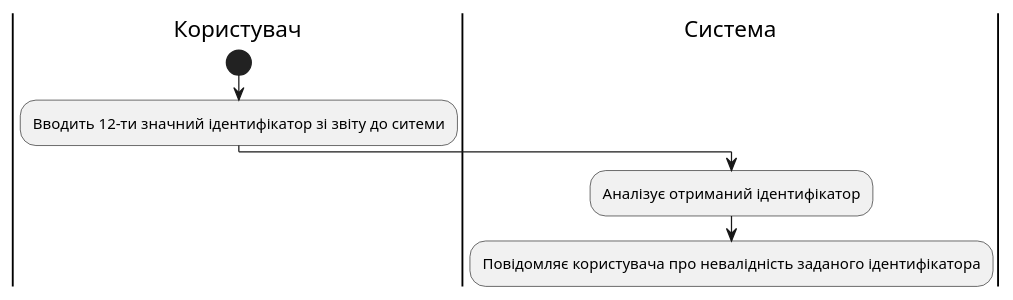
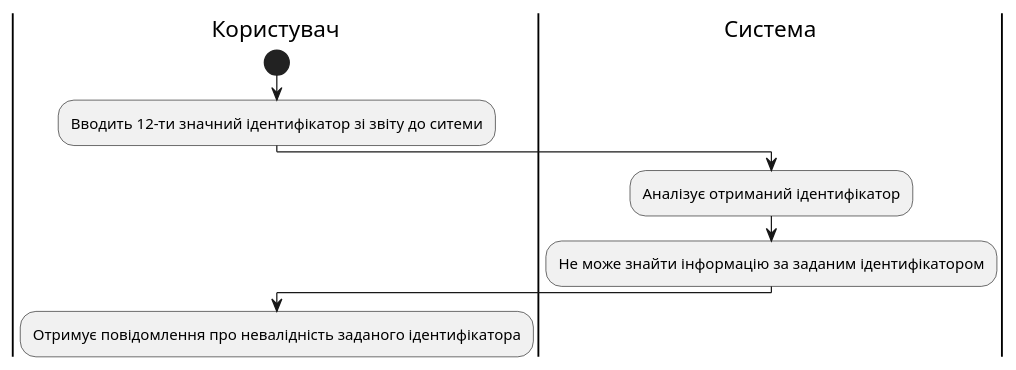
Diagram 12 of 16 in docs/use cases/README.md (ukioxz/media-content-analyzing-system), drawn with PlantUML before and after one commit. The commit also changed other lines of this file and 2 other files, not shown here.

```diff
--- a/docs/use cases/README.md
+++ b/docs/use cases/README.md
@@ -380,17 +336,19 @@
 @startuml
 
 |Користувач|
 
 start
 
 :Вводить 12-ти значний ідентифікатор зі звіту до ситеми;
 
-
 |#AntiqueWhite|Система
 
 :Аналізує отриманий ідентифікатор;
 
-:Повідомляє користувача про невалідність заданого ідентифікатора;
+:Не може знайти інформацію за заданим ідентифікатором;
 
+|Користувач|
+
+:Отримує повідомлення про невалідність заданого ідентифікатора;
 
 @enduml
```
